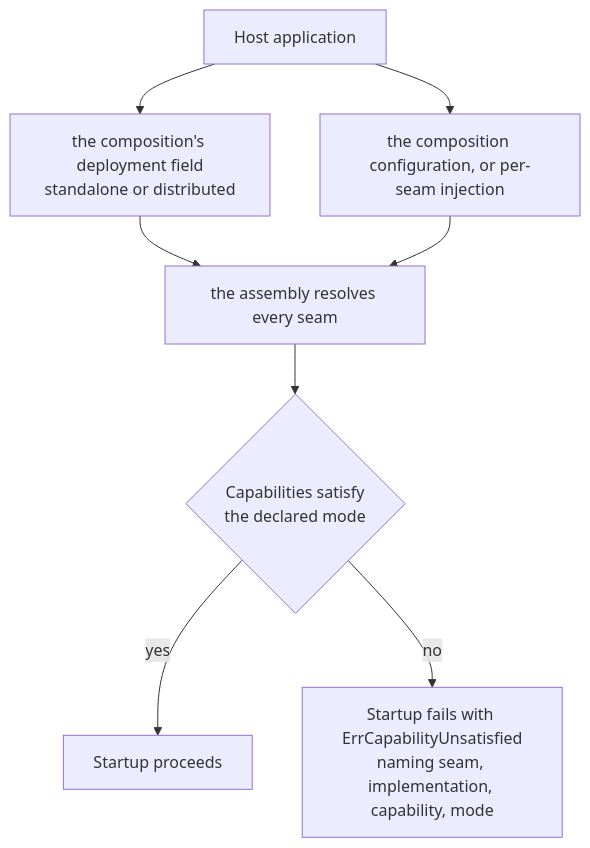
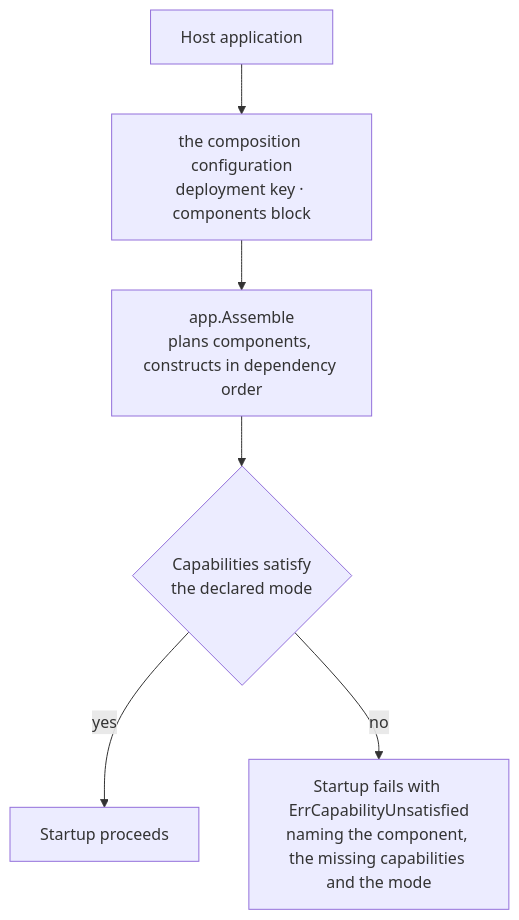
Before and after one commit to vislake/speed: the second of 2 diagrams in docs/site/content.en/docs/developer-docs/architecture.md, drawn with Mermaid. The commit also changed other lines of this file and 80 other files, not shown here.

First line of the commit message:
docs(site): state the component assembly's own contract across the guides

````diff
--- a/docs/site/content.en/docs/developer-docs/architecture.md
+++ b/docs/site/content.en/docs/developer-docs/architecture.md
@@ -182,10 +183,8 @@
 ```mermaid
 flowchart TD
-    Host[Host application] --> Mode[the composition's deployment field<br/>standalone or distributed]
-    Host --> Seams[the composition configuration, or per-seam injection]
-    Mode --> Boot[the assembly resolves every seam]
-    Seams --> Boot
+    Host[Host application] --> Config[the composition configuration<br/>deployment key · components block]
+    Config --> Boot[app.Assemble<br/>plans components, constructs in dependency order]
     Boot --> Check{Capabilities satisfy<br/>the declared mode}
     Check -->|yes| Run[Startup proceeds]
-    Check -->|no| Fail[Startup fails with ErrCapabilityUnsatisfied<br/>naming seam, implementation, capability, mode]
+    Check -->|no| Fail[Startup fails with ErrCapabilityUnsatisfied<br/>naming the component, the missing capabilities and the mode]
 ```
````
